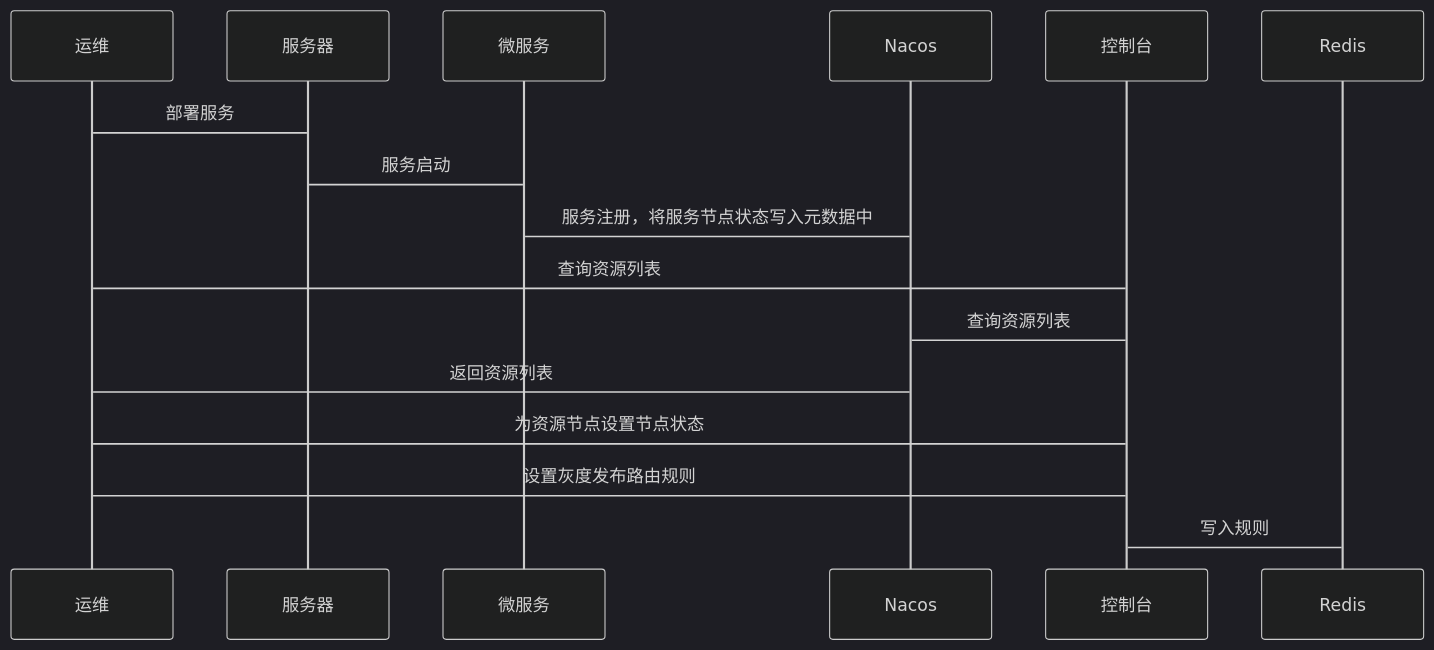
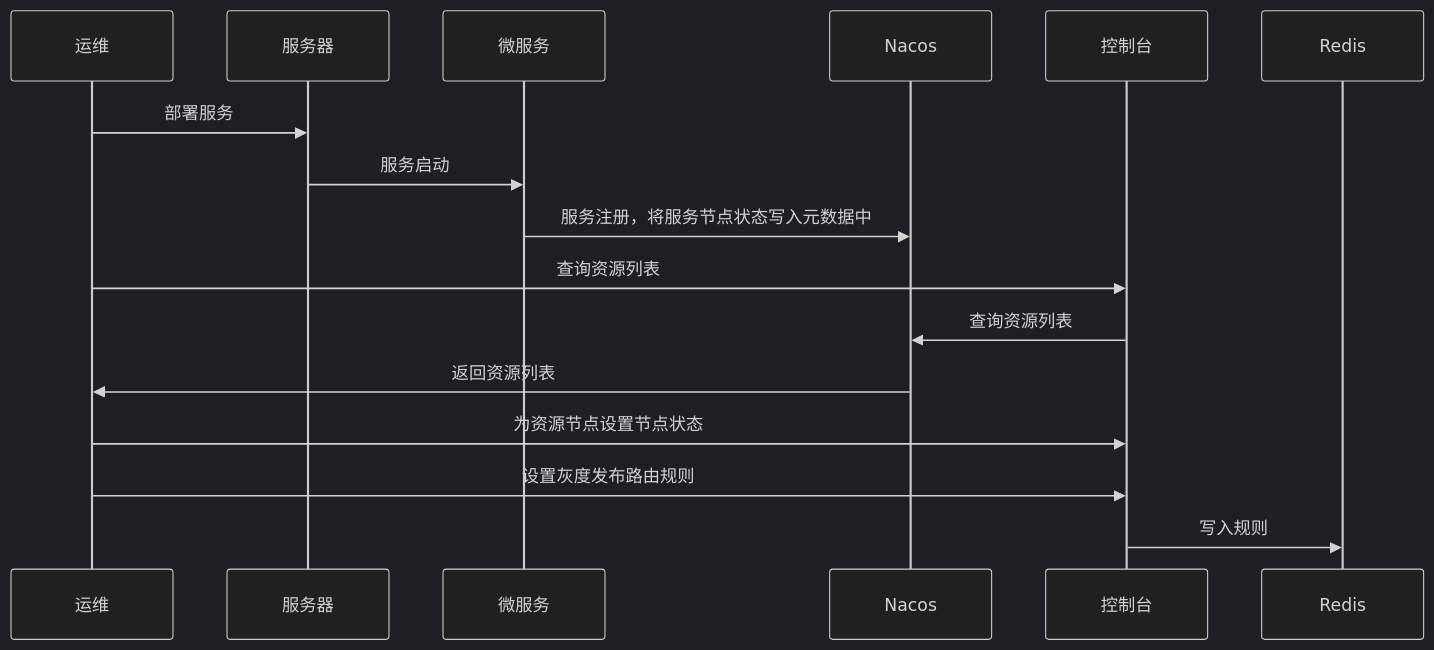
The first of 2 diagrams in README.md (One-Xiao-Yi/grayscale-publishing), drawn with Mermaid (dark theme) before and after one commit. The commit also changed other lines of this file, not shown here.

Commit message:
README.md

````diff
--- a/README.md
+++ b/README.md
@@ -25,12 +25,12 @@
 ```mermaid
 sequenceDiagram
-   运维 -> 服务器: 部署服务
-   服务器 -> 微服务: 服务启动
-   微服务 -> Nacos: 服务注册，将服务节点状态写入元数据中
-   运维 -> 控制台: 查询资源列表
-   控制台 -> Nacos: 查询资源列表
-   Nacos -> 运维: 返回资源列表
-   运维 -> 控制台: 为资源节点设置节点状态
-   运维 -> 控制台: 设置灰度发布路由规则
-   控制台 -> Redis: 写入规则
+    运维 ->> 服务器: 部署服务
+    服务器 ->> 微服务: 服务启动
+    微服务 ->> Nacos: 服务注册，将服务节点状态写入元数据中
+    运维 ->> 控制台: 查询资源列表
+    控制台 ->> Nacos: 查询资源列表
+    Nacos ->> 运维: 返回资源列表
+    运维 ->> 控制台: 为资源节点设置节点状态
+    运维 ->> 控制台: 设置灰度发布路由规则
+    控制台 ->> Redis: 写入规则
 ```
````
